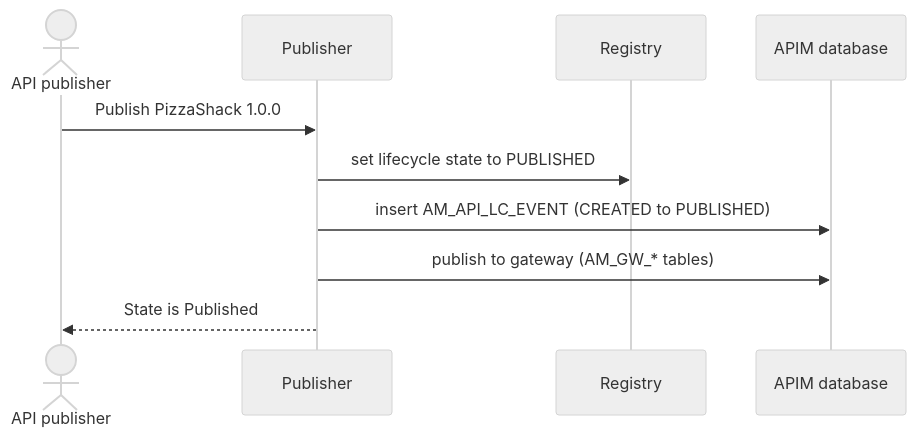
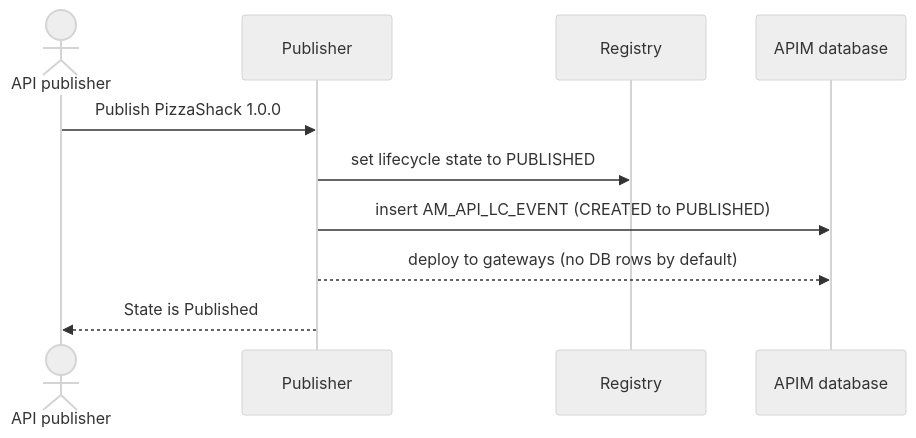
The diagram in docs/apim-3/flows/05-lifecycle.md (SaviNimz/apim-db-docs), drawn with Mermaid (neutral theme) before and after one commit. The commit also changed other lines of this file and 55 other files, not shown here.

First line of the commit message:
Verify all core flows against running 3.2.0 and 4.7.0 servers

````diff
--- a/docs/apim-3/flows/05-lifecycle.md
+++ b/docs/apim-3/flows/05-lifecycle.md
@@ -12,12 +19,12 @@
 ```mermaid
 sequenceDiagram
     actor P as API publisher
     participant Pub as Publisher
     participant Reg as Registry
     participant DB as APIM database
     P->>Pub: Publish PizzaShack 1.0.0
     Pub->>Reg: set lifecycle state to PUBLISHED
     Pub->>DB: insert AM_API_LC_EVENT (CREATED to PUBLISHED)
-    Pub->>DB: publish to gateway (AM_GW_* tables)
+    Pub-->>DB: deploy to gateways (no DB rows by default)
     Pub-->>P: State is Published
 ```
````
